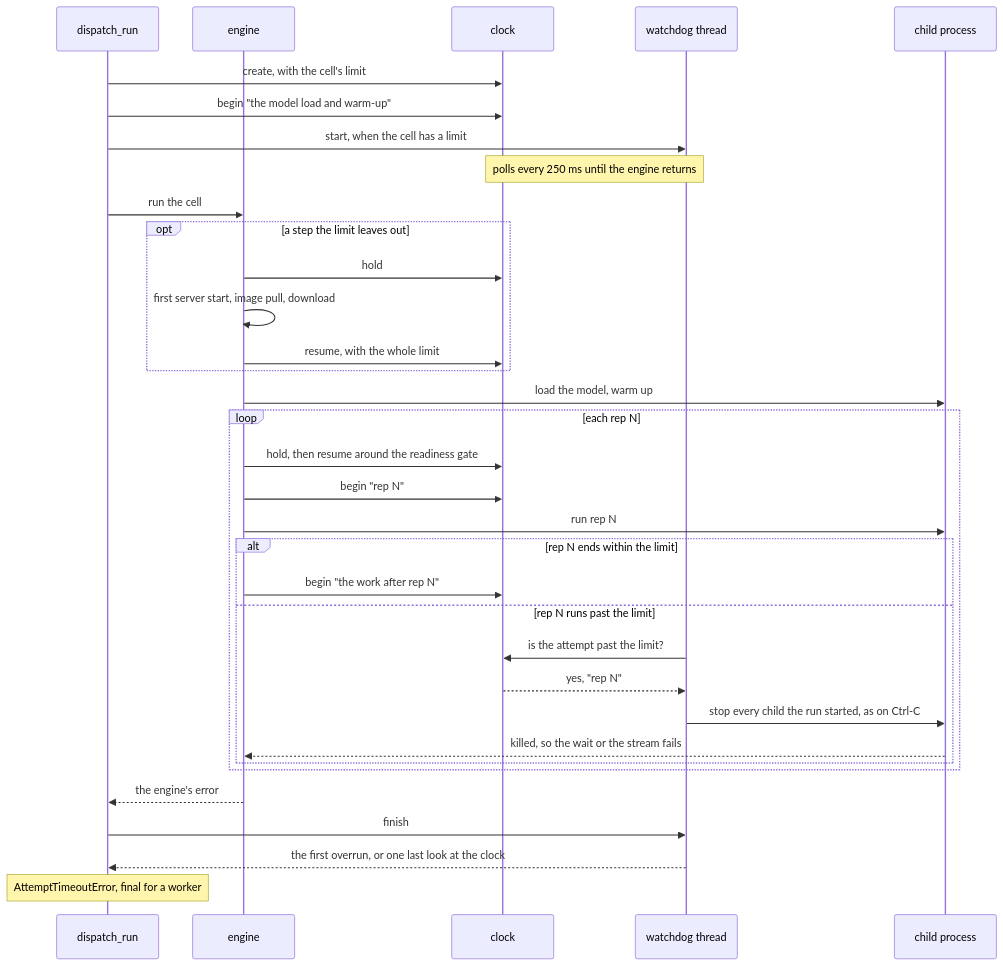
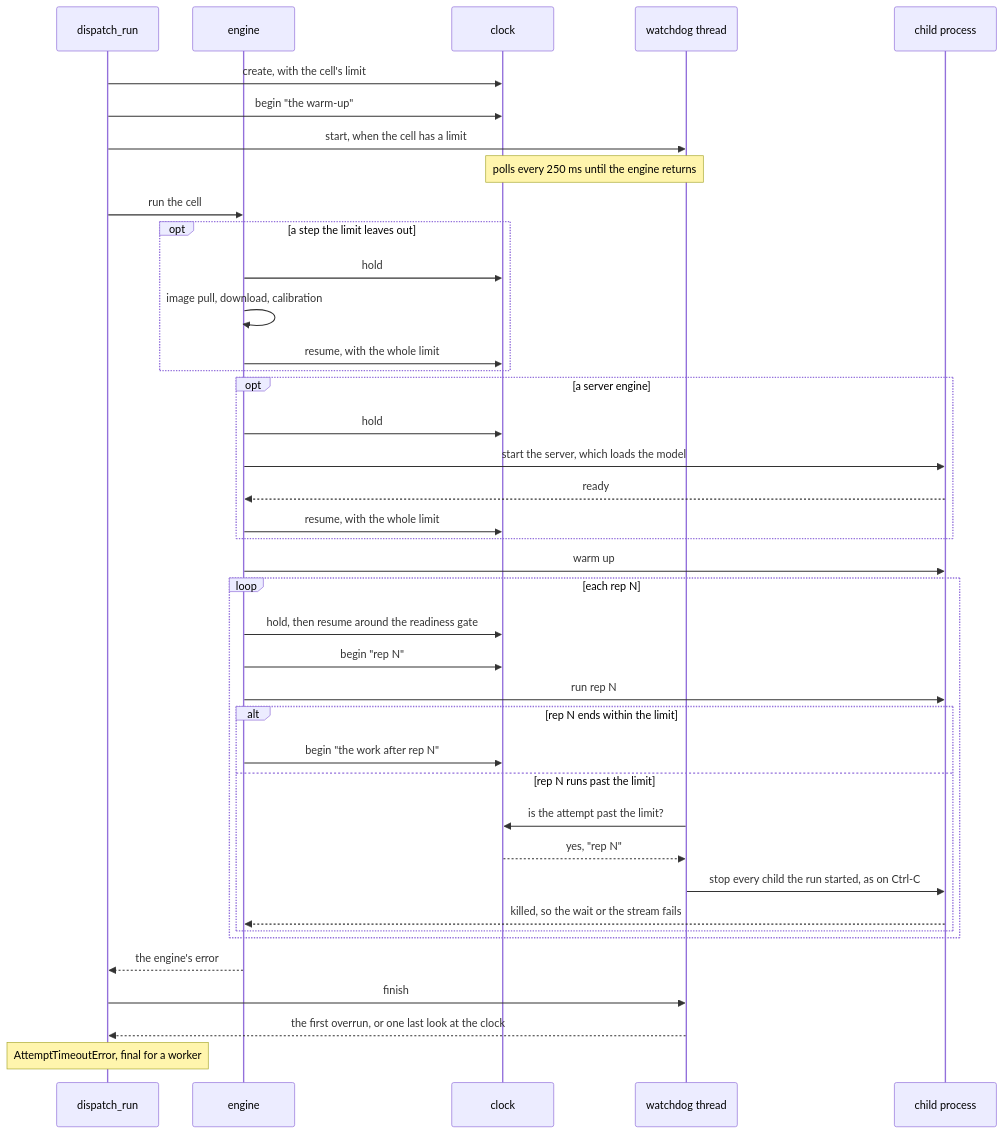
One commit to Liquid4All/pipette-clients changed the first of 2 diagrams in docs/architecture.md. Above: the diagram before and after it, drawn with Mermaid. The commit also changed other lines of this file and 277 other files, not shown here.

````diff
--- a/docs/architecture.md
+++ b/docs/architecture.md
@@ -125,36 +129,42 @@
 ```mermaid
 sequenceDiagram
     participant D as dispatch_run
     participant E as engine
     participant C as clock
     participant W as watchdog thread
     participant P as child process
     D->>C: create, with the cell's limit
-    D->>C: begin "the model load and warm-up"
+    D->>C: begin "the warm-up"
     D->>W: start, when the cell has a limit
     Note over C,W: polls every 250 ms until the engine returns
     D->>E: run the cell
     opt a step the limit leaves out
         E->>C: hold
-        E->>E: first server start, image pull, download
+        E->>E: image pull, download, calibration
         E->>C: resume, with the whole limit
     end
-    E->>P: load the model, warm up
+    opt a server engine
+        E->>C: hold
+        E->>P: start the server, which loads the model
+        P-->>E: ready
+        E->>C: resume, with the whole limit
+    end
+    E->>P: warm up
     loop each rep N
         E->>C: hold, then resume around the readiness gate
         E->>C: begin "rep N"
         E->>P: run rep N
         alt rep N ends within the limit
             E->>C: begin "the work after rep N"
         else rep N runs past the limit
             W->>C: is the attempt past the limit?
             C-->>W: yes, "rep N"
             W->>P: stop every child the run started, as on Ctrl-C
             P-->>E: killed, so the wait or the stream fails
         end
     end
     E-->>D: the engine's error
     D->>W: finish
     W-->>D: the first overrun, or one last look at the clock
     Note over D: AttemptTimeoutError, final for a worker
 ```
````
